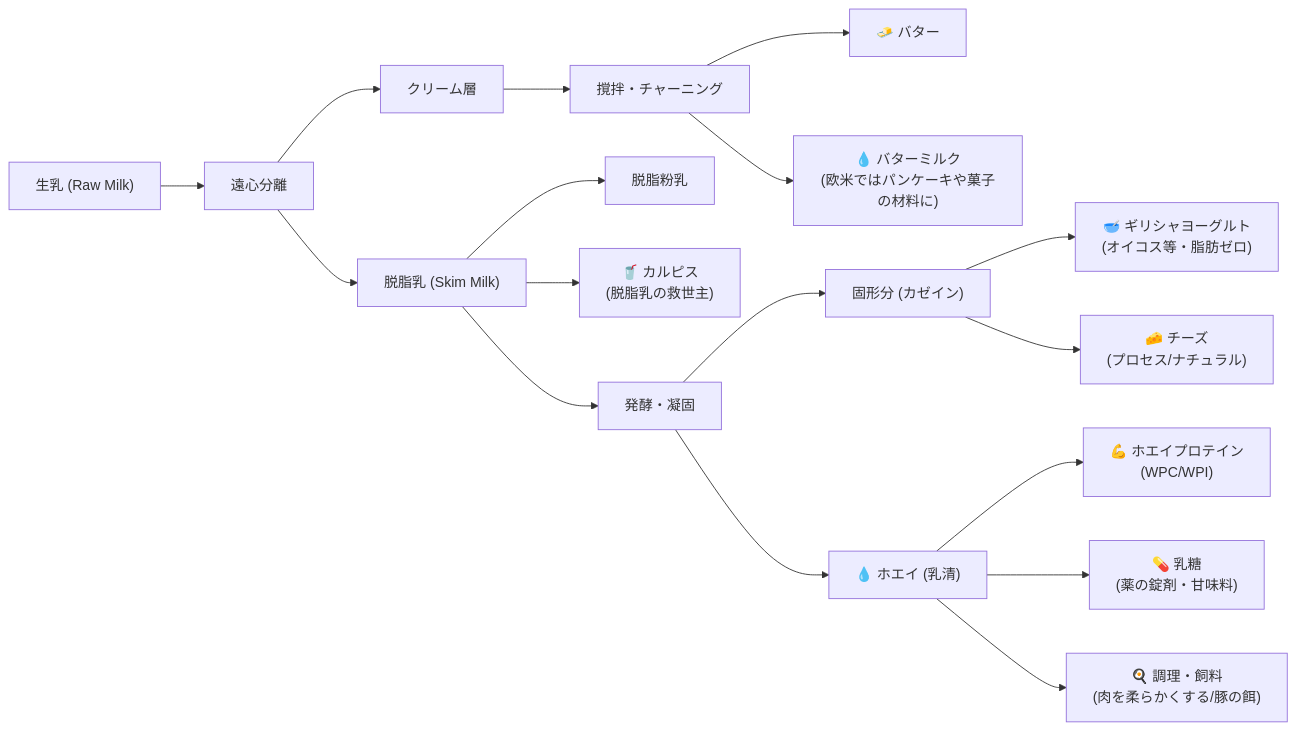
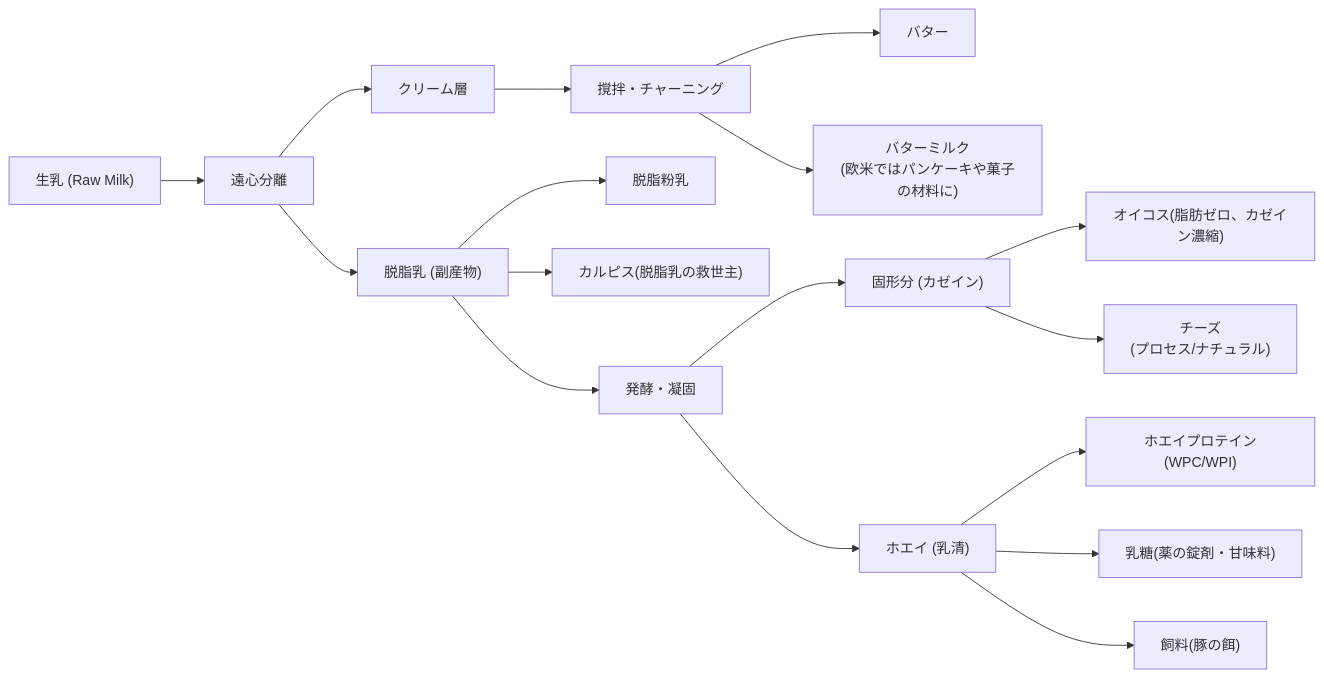
The diagram in README.md (ussyi-git/-), drawn with Mermaid before and after one commit.

````diff
--- a/README.md
+++ b/README.md
@@ -1,25 +1,25 @@
 ```mermaid
 graph LR
 Milk["生乳 (Raw Milk)"]-->Separator["遠心分離"]
 %% --- クリーム側の流れ ---
 Separator-->Cream["クリーム層"]
 Cream-->ButterProcess["撹拌・チャーニング"]
-ButterProcess-->Butter["🧈 バター"]
-ButterProcess-->Buttermilk["💧 バターミルク<br>(欧米ではパンケーキや菓子の材料に)"]
+ButterProcess-->Butter["バター"]
+ButterProcess-->Buttermilk["バターミルク<br>(欧米ではパンケーキや菓子の材料に)"]
 %% --- 脱脂乳側の流れ ---
-Separator-->SkimMilk["脱脂乳 (Skim Milk)"]
+Separator-->SkimMilk["脱脂乳 (副産物)"]
 %% そのまま加工
 SkimMilk-->Powder["脱脂粉乳"]
-SkimMilk-->Calpis["🥤 カルピス<br>(脱脂乳の救世主)"]
+SkimMilk-->Calpis["カルピス(脱脂乳の救世主)"]
 %% 発酵プロセスへ
 SkimMilk-->Ferment["発酵・凝固"]
 %% 固形分（カゼイン）の行方
 Ferment-->Curd["固形分 (カゼイン)"]
-Curd-->Oikos["🥣 ギリシャヨーグルト<br>(オイコス等・脂肪ゼロ)"]
-Curd-->Cheese["🧀 チーズ<br>(プロセス/ナチュラル)"]
+Curd-->Oikos["オイコス(脂肪ゼロ、カゼイン濃縮)"]
+Curd-->Cheese["チーズ<br>(プロセス/ナチュラル)"]
 %% 液体（ホエイ）の行方
-Ferment-->Whey["💧 ホエイ (乳清)"]
-Whey-->WPC_WPI["💪 ホエイプロテイン<br>(WPC/WPI)"]
-Whey-->Lactose["💊 乳糖<br>(薬の錠剤・甘味料)"]
-Whey-->Cooking["🍳 調理・飼料<br>(肉を柔らかくする/豚の餌)"]
+Ferment-->Whey["ホエイ (乳清)"]
+Whey-->WPC_WPI["ホエイプロテイン(WPC/WPI)"]
+Whey-->Lactose["乳糖(薬の錠剤・甘味料)"]
+Whey-->Cooking["飼料(豚の餌)"]
 ```
````
